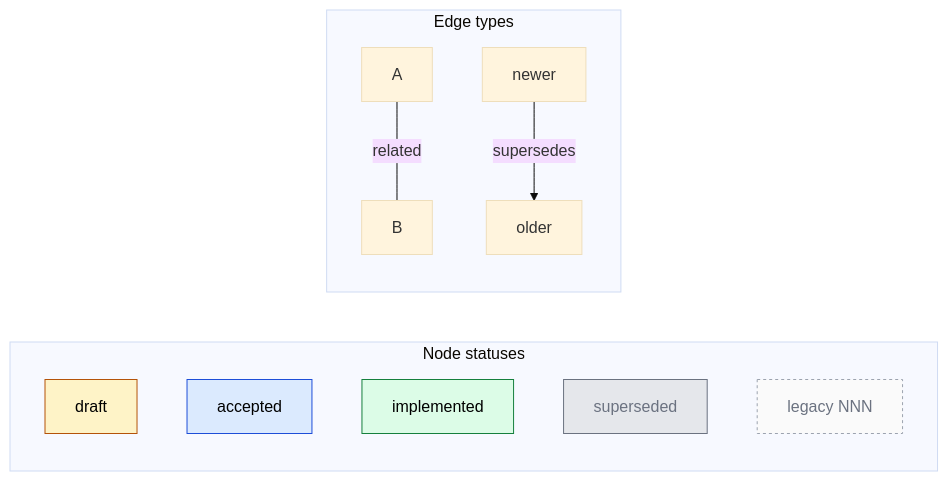
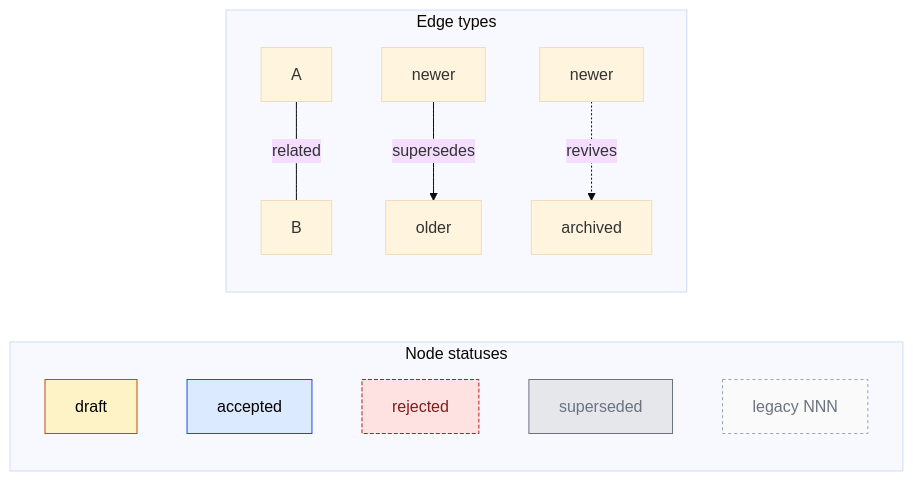
Before and after one commit to open-platform-model/enhancements: the second of 2 diagrams in GRAPH.md, drawn with Mermaid (base theme). The commit also changed other lines of this file and 5 other files, not shown here.

````diff
--- a/GRAPH.md
+++ b/GRAPH.md
@@ -80,21 +80,22 @@
 ```mermaid
 graph LR
   classDef draft       fill:#fef3c7,stroke:#b45309,color:#000
   classDef accepted    fill:#dbeafe,stroke:#1d4ed8,color:#000
-  classDef implemented fill:#dcfce7,stroke:#15803d,color:#000
+  classDef rejected    fill:#fee2e2,stroke:#b91c1c,color:#7f1d1d,stroke-dasharray:4 2
   classDef superseded  fill:#e5e7eb,stroke:#6b7280,color:#6b7280
   classDef legacy      fill:#fafafa,stroke:#9ca3af,color:#6b7280,stroke-dasharray:3 3
 
   subgraph statuses ["Node statuses"]
     Ldraft["draft"]:::draft
     Laccepted["accepted"]:::accepted
-    Limplemented["implemented"]:::implemented
+    Lrejected["rejected"]:::rejected
     Lsuperseded["superseded"]:::superseded
     Llegacy["legacy NNN"]:::legacy
   end
 
   subgraph edges ["Edge types"]
     Erel_a["A"] ---|related| Erel_b["B"]
     Esup_new["newer"] -->|supersedes| Esup_old["older"]
+    Erev_new["newer"] -.->|revives| Erev_old["archived"]
   end
 ```
````
